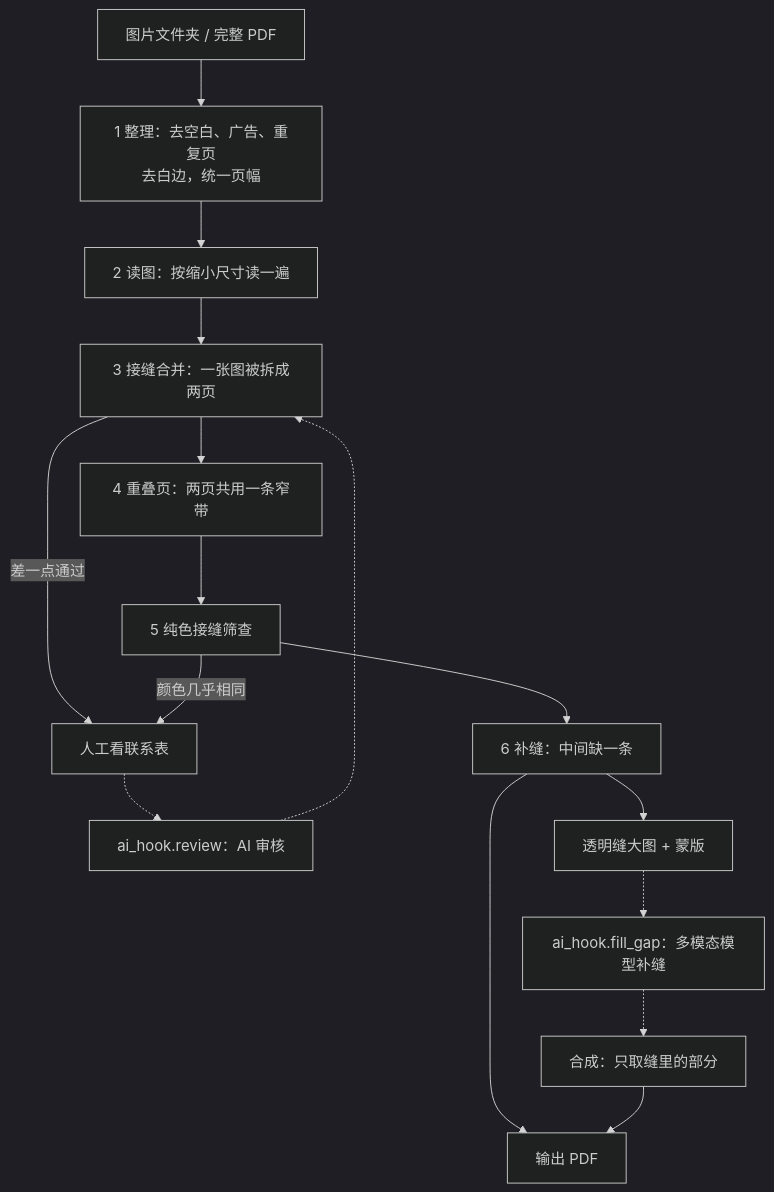
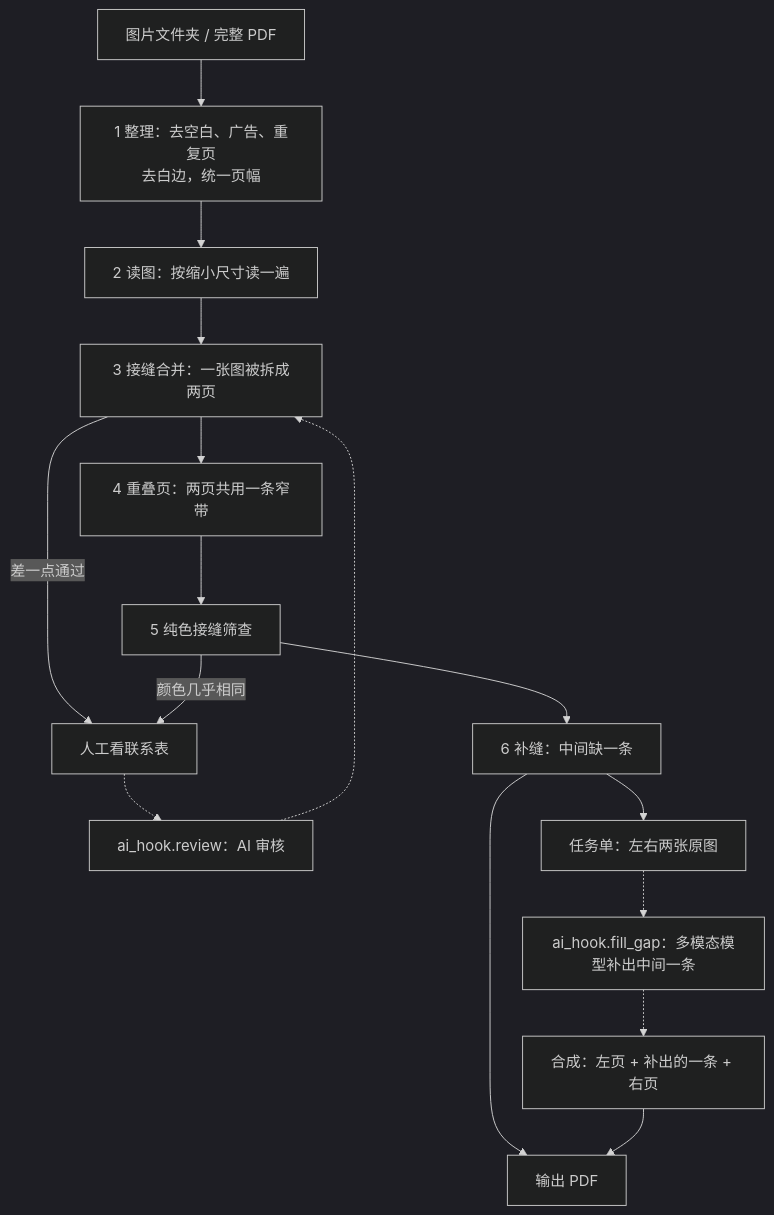
One commit to YcWsop/PhotobookAutoEditor changed the diagram in README.md. Above: the diagram before and after it, drawn with Mermaid (dark theme). The commit also changed other lines of this file and 5 other files, not shown here.

````diff
--- a/README.md
+++ b/README.md
@@ -30,18 +30,18 @@
 ```mermaid
 flowchart TD
     A[图片文件夹 / 完整 PDF] --> B[1 整理：去空白、广告、重复页<br/>去白边，统一页幅]
     B --> C[2 读图：按缩小尺寸读一遍]
     C --> D[3 接缝合并：一张图被拆成两页]
     D -->|差一点通过| H[人工看联系表]
     D --> O[4 重叠页：两页共用一条窄带]
     O --> E[5 纯色接缝筛查]
     E -->|颜色几乎相同| H
     E --> F[6 补缝：中间缺一条]
     H -.-> I[ai_hook.review：AI 审核]
     I -.-> D
-    F --> J[透明缝大图 + 蒙版]
-    J -.-> K[ai_hook.fill_gap：多模态模型补缝]
-    K -.-> L[合成：只取缝里的部分]
+    F --> J[任务单：左右两张原图]
+    J -.-> K[ai_hook.fill_gap：多模态模型补出中间一条]
+    K -.-> L[合成：左页 + 补出的一条 + 右页]
     F --> G[输出 PDF]
     L --> G
 ```
````
